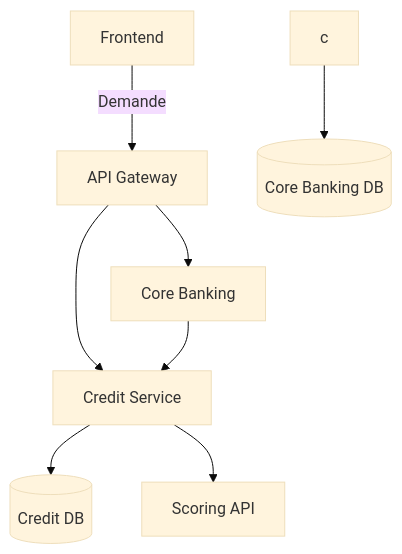
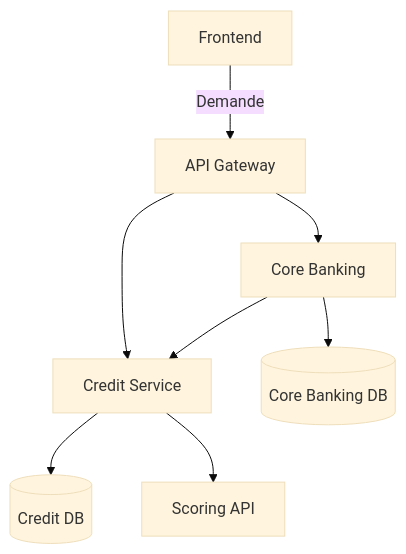
Before and after one commit to nassnamb/banking-api: the diagram in README.md, drawn with Mermaid (base theme).

````diff
--- a/README.md
+++ b/README.md
@@ -3,10 +3,10 @@
 ```mermaid
 graph TD
     A[Frontend] -->|Demande| B[API Gateway]
     B --> C[Core Banking]
     B --> D[Credit Service]
     D --> E[(Credit DB)]
     D --> F[Scoring API]
     C --> D
-    c --> G[(Core Banking DB)]
+    C --> G[(Core Banking DB)]
 ```
````
